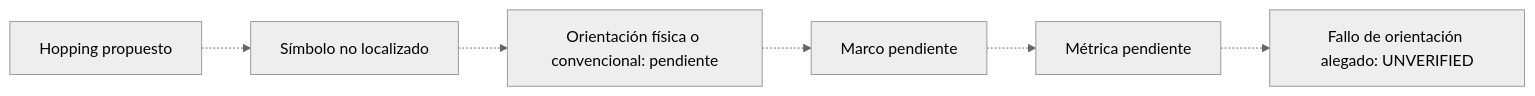
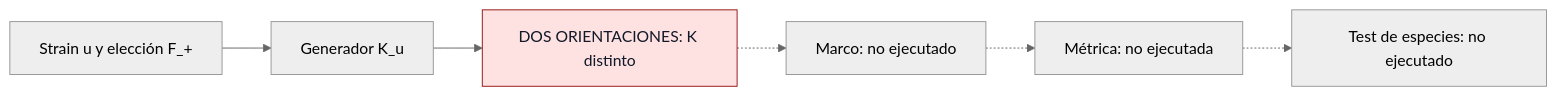
One commit to nacho09021973/qca-causal-cones changed the diagram in docs/family_atlas/families/F3_unitary_elastic.md. Above: the diagram before and after it, drawn with Mermaid (neutral theme). The commit also changed other lines of this file and 12 other files, not shown here.

````diff
--- a/docs/family_atlas/families/F3_unitary_elastic.md
+++ b/docs/family_atlas/families/F3_unitary_elastic.md
@@ -61,7 +79,9 @@
 ```mermaid
 flowchart LR
-  A["Hopping propuesto"] -.-> B["Símbolo no localizado"]
-  B -.-> C["Orientación física o convencional: pendiente"]
-  C -.-> D["Marco pendiente"] -.-> E["Métrica pendiente"]
-  E -.-> F["Fallo de orientación alegado: UNVERIFIED"]
+  A["Strain u y elección F_+"] --> B["Generador K_u"]
+  B --> C["DOS ORIENTACIONES: K distinto"]
+  C -.-> D["Marco: no ejecutado"] -.-> E["Métrica: no ejecutada"]
+  E -.-> F["Test de especies: no ejecutado"]
+  classDef closed fill:#fee2e2,stroke:#991b1b,color:#111827;
+  class C closed;
 ```
````
